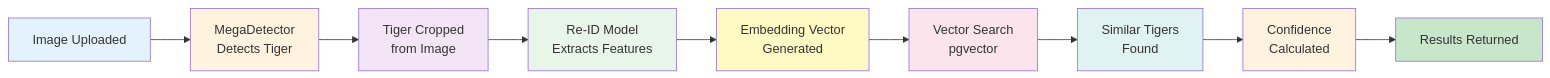
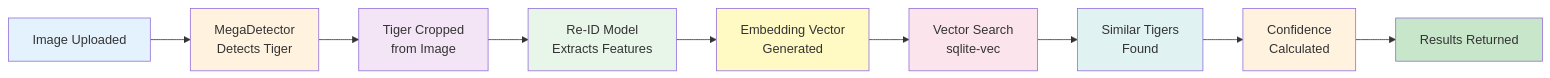
One commit to Ark-Ntech/Tiger-ID changed the fourth of 11 diagrams in docs/ARCHITECTURE.md. Above: the diagram before and after it, drawn with Mermaid. The commit also changed other lines of this file and 875 other files, not shown here.

````diff
--- a/docs/ARCHITECTURE.md
+++ b/docs/ARCHITECTURE.md
@@ -231,21 +301,21 @@
 ```mermaid
 flowchart LR
     A[Image Uploaded] --> B[MegaDetector<br/>Detects Tiger]
     B --> C[Tiger Cropped<br/>from Image]
     C --> D[Re-ID Model<br/>Extracts Features]
     D --> E[Embedding Vector<br/>Generated]
-    E --> F[Vector Search<br/>pgvector]
+    E --> F[Vector Search<br/>sqlite-vec]
     F --> G[Similar Tigers<br/>Found]
     G --> H[Confidence<br/>Calculated]
     H --> I[Results Returned]
     
     style A fill:#e3f2fd
     style B fill:#fff3e0
     style C fill:#f3e5f5
     style D fill:#e8f5e9
     style E fill:#fff9c4
     style F fill:#fce4ec
     style G fill:#e0f2f1
     style H fill:#fff3e0
     style I fill:#c8e6c9
 ```
````
